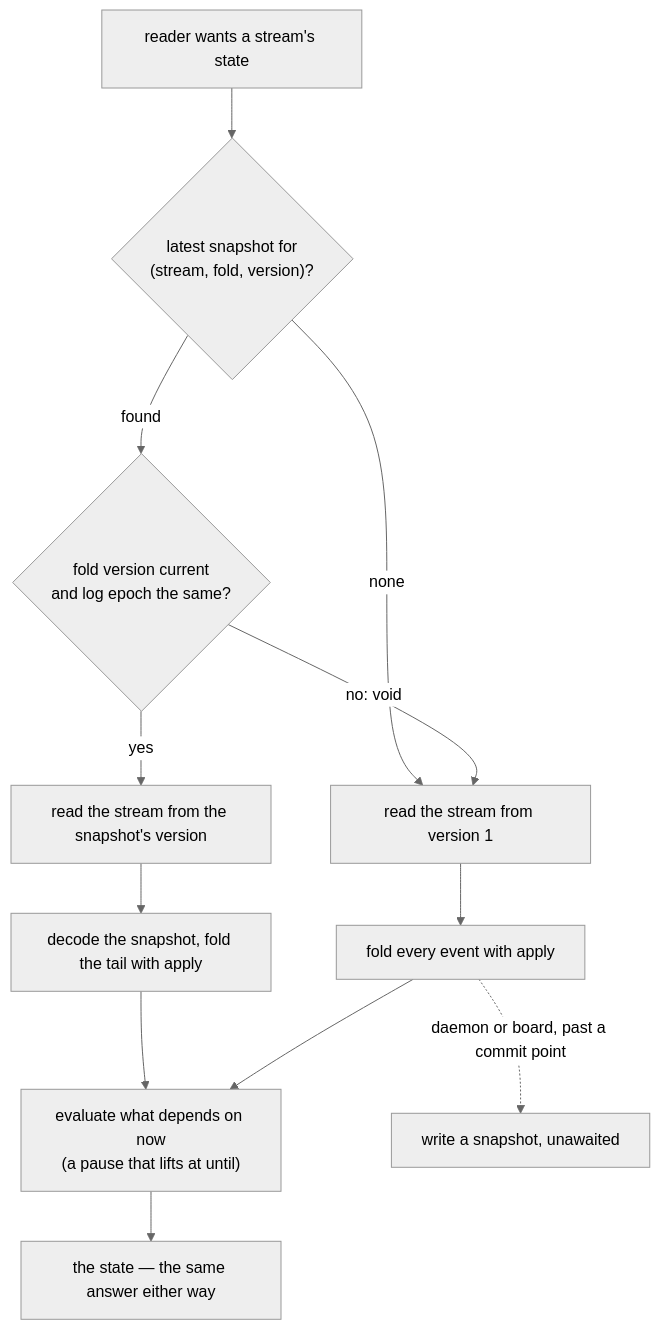
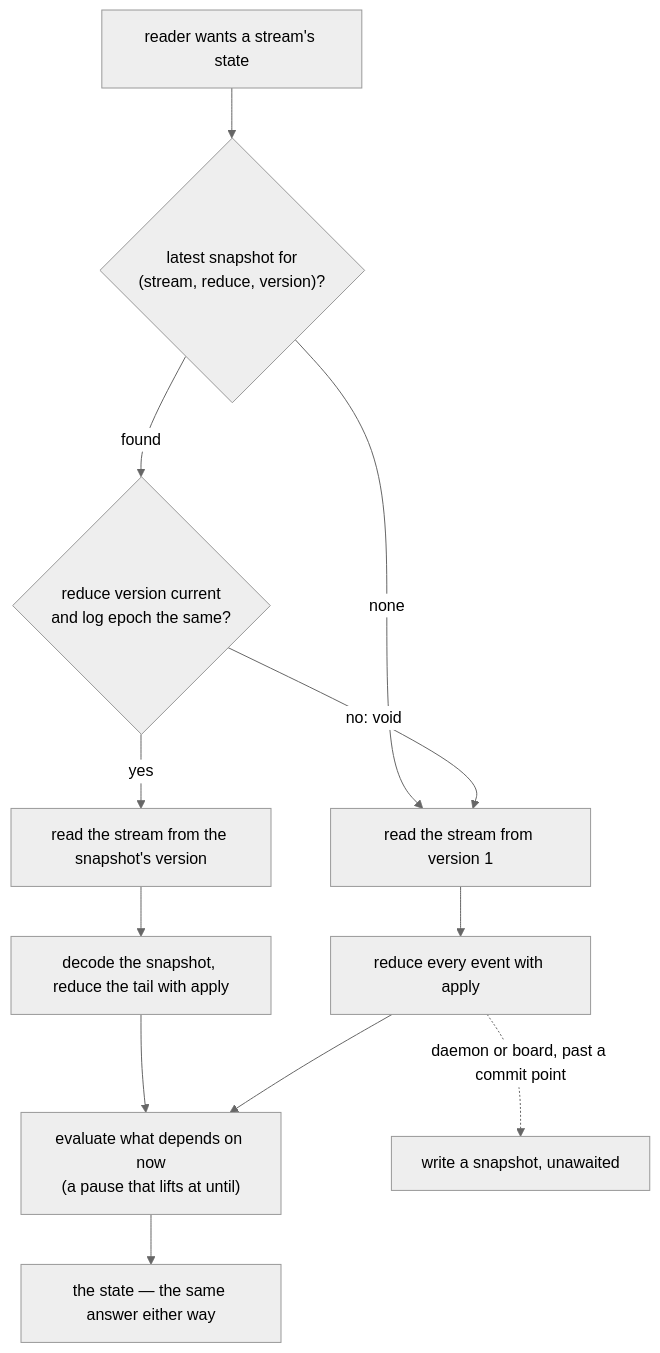
The second of 4 diagrams in doc/design/one-fold-per-stream.md (steven-zhc/lingtai), drawn with Mermaid (neutral theme) before and after one commit. The commit also changed other lines of this file and 310 other files, not shown here.

````diff
--- a/doc/design/one-fold-per-stream.md
+++ b/doc/design/one-fold-per-stream.md
@@ -56,14 +56,14 @@
 ```mermaid
 flowchart TB
-  A["reader wants a stream's state"] --> S{"latest snapshot for<br/>(stream, fold, version)?"}
+  A["reader wants a stream's state"] --> S{"latest snapshot for<br/>(stream, reduce, version)?"}
   S -->|none| FULL["read the stream from version 1"]
-  S -->|found| V{"fold version current<br/>and log epoch the same?"}
+  S -->|found| V{"reduce version current<br/>and log epoch the same?"}
   V -->|no: void| FULL
   V -->|yes| TAIL["read the stream from the snapshot's version"]
-  TAIL --> FOLD["decode the snapshot, fold the tail with apply"]
-  FULL --> FOLD0["fold every event with apply"]
+  TAIL --> FOLD["decode the snapshot, reduce the tail with apply"]
+  FULL --> FOLD0["reduce every event with apply"]
   FOLD --> NOW["evaluate what depends on now<br/>(a pause that lifts at until)"]
   FOLD0 --> NOW
   NOW --> OUT["the state — the same answer either way"]
   FOLD0 -.->|"daemon or board, past a commit point"| WRITE["write a snapshot, unawaited"]
 ```
````
